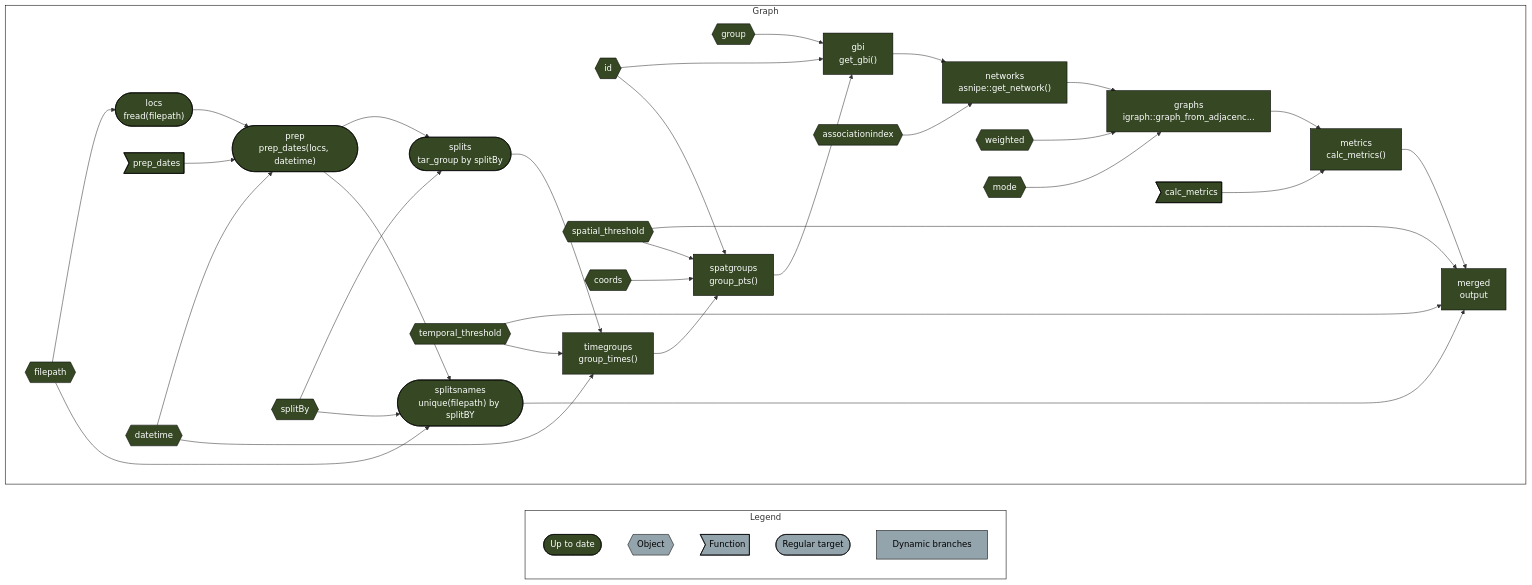
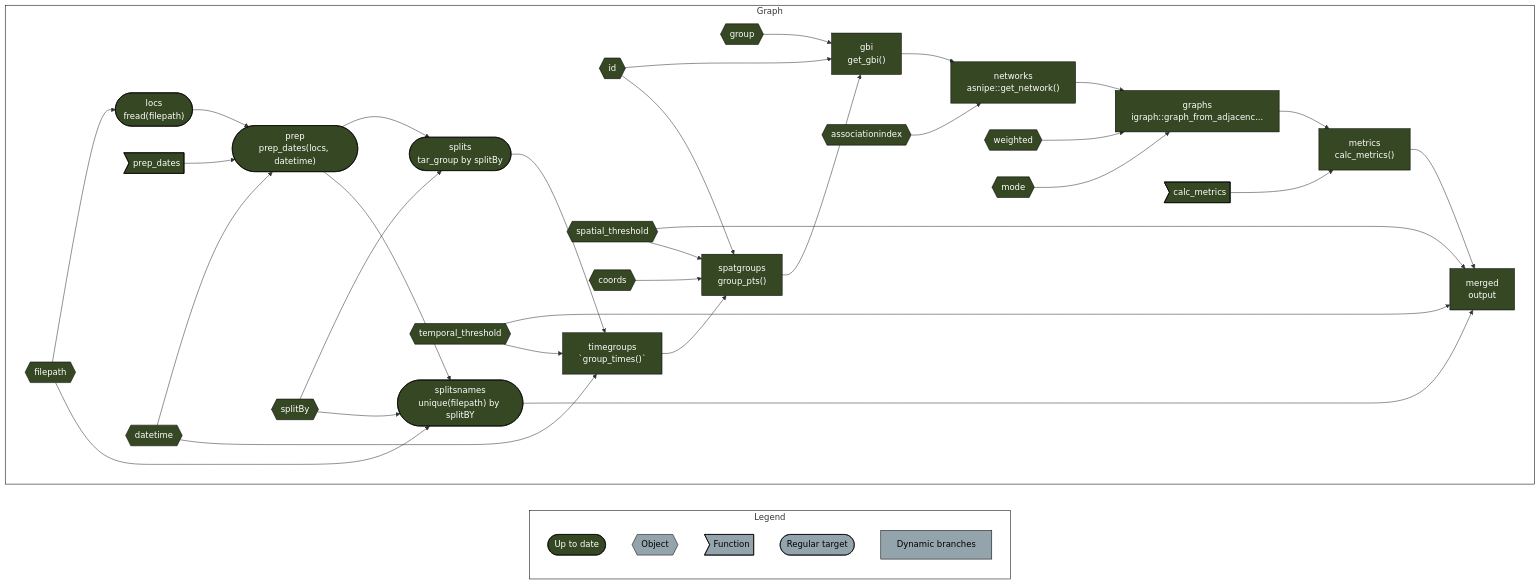
Before and after one commit to robitalec/targets-spatsoc-networks: the diagram in README.md, drawn with Mermaid. The commit also changed 1 other file, not shown here.

Commit message:
test code backticks in description

````diff
--- a/README.md
+++ b/README.md
@@ -10,48 +10,48 @@
 ``` mermaid
 graph LR
   style Legend fill:#FFFFFF00,stroke:#000000;
   style Graph fill:#FFFFFF00,stroke:#000000;
   subgraph Legend
     xf1522833a4d242c5(["Up to date"]):::uptodate
     xbecb13963f49e50b{{"Object"}}:::none
     xeb2d7cac8a1ce544>"Function"]:::none
     xd03d7c7dd2ddda2b(["Regular target"]):::none
     x6f7e04ea3427f824["Dynamic branches"]:::none
   end
   subgraph Graph
     direction LR
     xfeaff7c1bc5fe2e5{{"group"}}:::uptodate --> x8b0c676d7240242a["gbi<br>get_gbi()"]:::uptodate
     xc25194a2e4c760d5{{"id"}}:::uptodate --> x8b0c676d7240242a["gbi<br>get_gbi()"]:::uptodate
     xdf10c21b92224150["spatgroups<br>group_pts()"]:::uptodate --> x8b0c676d7240242a["gbi<br>get_gbi()"]:::uptodate
     xc389638817199bf0["networks<br>asnipe::get_network()"]:::uptodate --> x2db02d438e6d5e6f["graphs<br>igraph::graph_from_adjacenc..."]:::uptodate
     x7ceaaf778822044f{{"weighted"}}:::uptodate --> x2db02d438e6d5e6f["graphs<br>igraph::graph_from_adjacenc..."]:::uptodate
     x8568773019f89f54{{"mode"}}:::uptodate --> x2db02d438e6d5e6f["graphs<br>igraph::graph_from_adjacenc..."]:::uptodate
     x251c0fecf340765b{{"filepath"}}:::uptodate --> x5d49490da5202c91(["locs<br>fread(filepath)"]):::uptodate
     x544e14c8fac2c5b0["metrics<br>calc_metrics()"]:::uptodate --> x0babe2584c9010e0["merged<br>output"]:::uptodate
     x86be964788bf0a62{{"spatial_threshold"}}:::uptodate --> x0babe2584c9010e0["merged<br>output"]:::uptodate
     xe5f9f129783c9289(["splitsnames<br>unique(filepath) by splitBY"]):::uptodate --> x0babe2584c9010e0["merged<br>output"]:::uptodate
     x7691bca923fa768d{{"temporal_threshold"}}:::uptodate --> x0babe2584c9010e0["merged<br>output"]:::uptodate
     x6f3a445de245bc35>"calc_metrics"]:::uptodate --> x544e14c8fac2c5b0["metrics<br>calc_metrics()"]:::uptodate
     x2db02d438e6d5e6f["graphs<br>igraph::graph_from_adjacenc..."]:::uptodate --> x544e14c8fac2c5b0["metrics<br>calc_metrics()"]:::uptodate
     xc46e1ab6af5c8492{{"associationindex"}}:::uptodate --> xc389638817199bf0["networks<br>asnipe::get_network()"]:::uptodate
     x8b0c676d7240242a["gbi<br>get_gbi()"]:::uptodate --> xc389638817199bf0["networks<br>asnipe::get_network()"]:::uptodate
     xd135a9eb46727432>"prep_dates"]:::uptodate --> x3906e3b7b61cde90(["prep<br>prep_dates(locs, datetime)"]):::uptodate
     xe1070fbd6d46a47b{{"datetime"}}:::uptodate --> x3906e3b7b61cde90(["prep<br>prep_dates(locs, datetime)"]):::uptodate
     x5d49490da5202c91(["locs<br>fread(filepath)"]):::uptodate --> x3906e3b7b61cde90(["prep<br>prep_dates(locs, datetime)"]):::uptodate
     xbd740468b493bf05{{"coords"}}:::uptodate --> xdf10c21b92224150["spatgroups<br>group_pts()"]:::uptodate
     xc25194a2e4c760d5{{"id"}}:::uptodate --> xdf10c21b92224150["spatgroups<br>group_pts()"]:::uptodate
     x86be964788bf0a62{{"spatial_threshold"}}:::uptodate --> xdf10c21b92224150["spatgroups<br>group_pts()"]:::uptodate
-    xc119b121c4bf638e["timegroups<br>group_times()"]:::uptodate --> xdf10c21b92224150["spatgroups<br>group_pts()"]:::uptodate
+    xc119b121c4bf638e["timegroups<br>`group_times()`"]:::uptodate --> xdf10c21b92224150["spatgroups<br>group_pts()"]:::uptodate
     x6fa178f2283ab5b1{{"splitBy"}}:::uptodate --> xf94084fe2fb21595(["splits<br>tar_group by splitBy"]):::uptodate
     x3906e3b7b61cde90(["prep<br>prep_dates(locs, datetime)"]):::uptodate --> xf94084fe2fb21595(["splits<br>tar_group by splitBy"]):::uptodate
     x251c0fecf340765b{{"filepath"}}:::uptodate --> xe5f9f129783c9289(["splitsnames<br>unique(filepath) by splitBY"]):::uptodate
     x6fa178f2283ab5b1{{"splitBy"}}:::uptodate --> xe5f9f129783c9289(["splitsnames<br>unique(filepath) by splitBY"]):::uptodate
     x3906e3b7b61cde90(["prep<br>prep_dates(locs, datetime)"]):::uptodate --> xe5f9f129783c9289(["splitsnames<br>unique(filepath) by splitBY"]):::uptodate
-    xe1070fbd6d46a47b{{"datetime"}}:::uptodate --> xc119b121c4bf638e["timegroups<br>group_times()"]:::uptodate
-    x7691bca923fa768d{{"temporal_threshold"}}:::uptodate --> xc119b121c4bf638e["timegroups<br>group_times()"]:::uptodate
-    xf94084fe2fb21595(["splits<br>tar_group by splitBy"]):::uptodate --> xc119b121c4bf638e["timegroups<br>group_times()"]:::uptodate
+    xe1070fbd6d46a47b{{"datetime"}}:::uptodate --> xc119b121c4bf638e["timegroups<br>`group_times()`"]:::uptodate
+    x7691bca923fa768d{{"temporal_threshold"}}:::uptodate --> xc119b121c4bf638e["timegroups<br>`group_times()`"]:::uptodate
+    xf94084fe2fb21595(["splits<br>tar_group by splitBy"]):::uptodate --> xc119b121c4bf638e["timegroups<br>`group_times()`"]:::uptodate
     
   end
   classDef uptodate stroke:#000000,color:#ffffff,fill:#354823;
   classDef none stroke:#000000,color:#000000,fill:#94a4ac;
 ```
````
